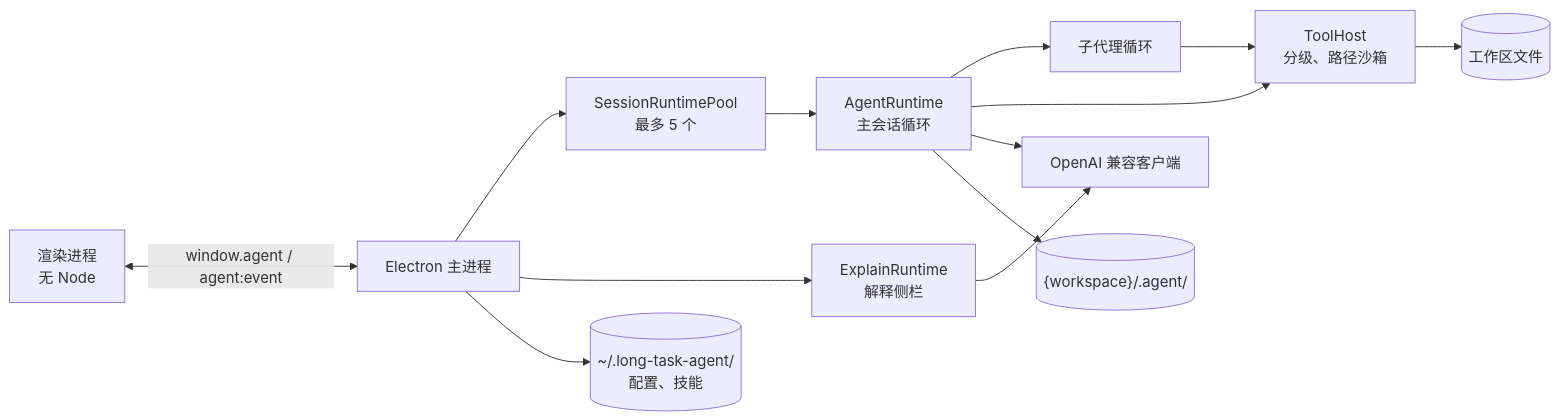
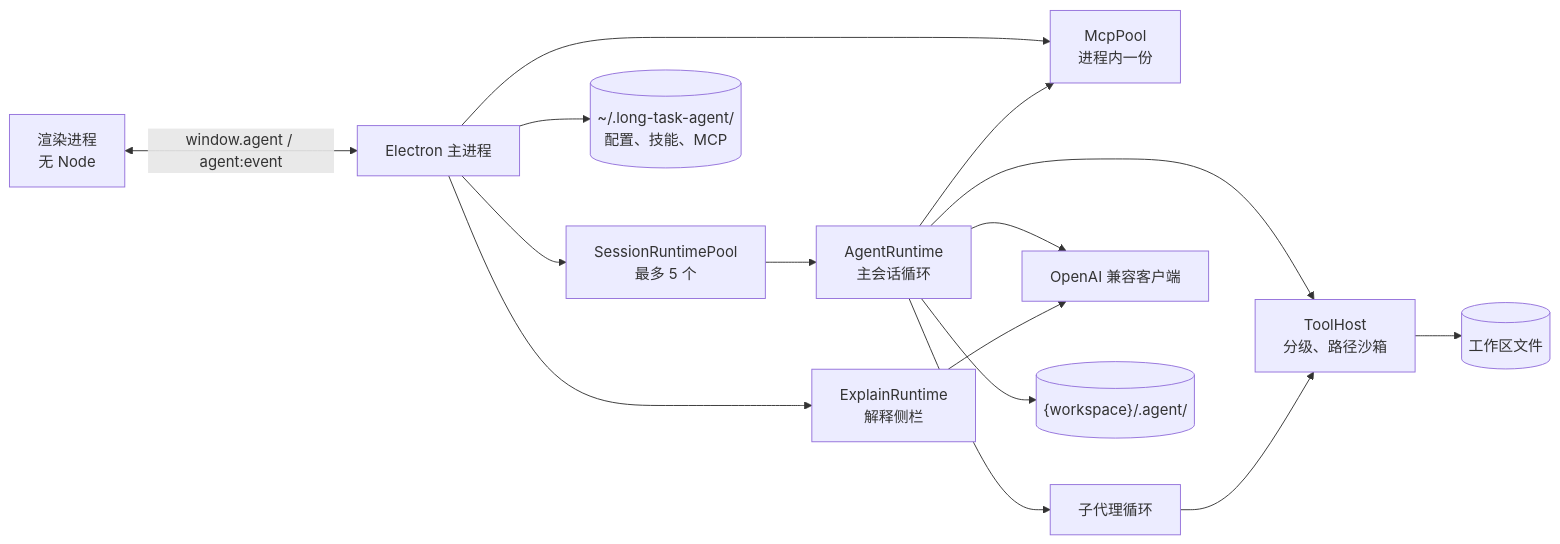
The diagram in README.md (chenshiqin66/long-task-desktop-agent), drawn with Mermaid before and after one commit. The commit also changed other lines of this file and 16 other files, not shown here.

````diff
--- a/README.md
+++ b/README.md
@@ -93,15 +101,17 @@
 ```mermaid
 flowchart LR
   renderer["渲染进程<br/>无 Node"] <-->|"window.agent / agent:event"| main["Electron 主进程"]
   main --> pool["SessionRuntimePool<br/>最多 5 个"]
   pool --> runtime["AgentRuntime<br/>主会话循环"]
   main --> explain["ExplainRuntime<br/>解释侧栏"]
-  main --> home[("~/.long-task-agent/<br/>配置、技能")]
+  main --> home[("~/.long-task-agent/<br/>配置、技能、MCP")]
+  main --> mcp["McpPool<br/>进程内一份"]
+  runtime --> mcp
   runtime --> sub["子代理循环"]
   runtime --> tools["ToolHost<br/>分级、路径沙箱"]
   sub --> tools
   runtime --> provider["OpenAI 兼容客户端"]
   explain --> provider
   runtime --> agentdir[("{workspace}/.agent/")]
   tools --> ws[("工作区文件")]
 ```
````
